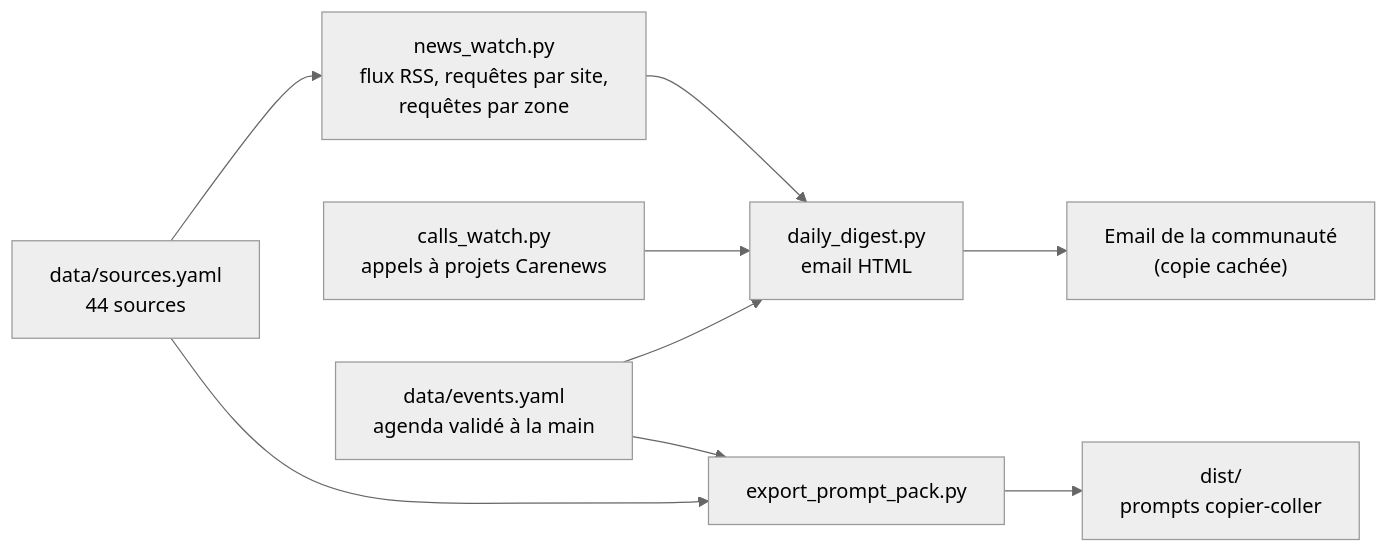
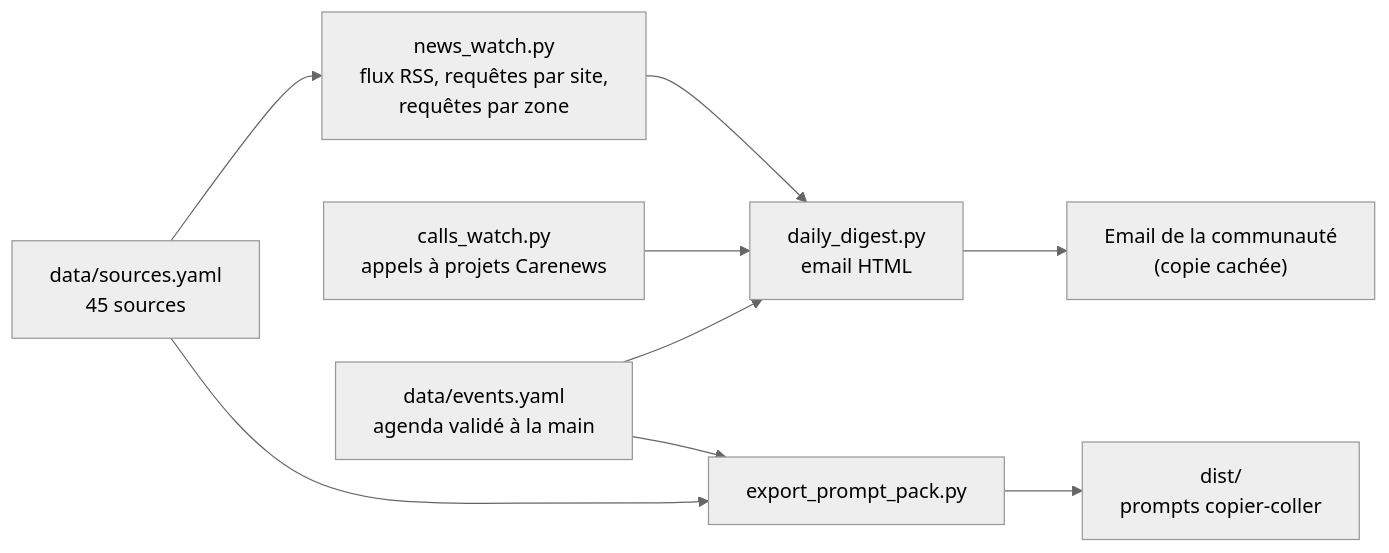
The diagram in README.md (eplr/veille-nif), drawn with Mermaid (neutral theme) before and after one commit. The commit also changed 1 other file, not shown here.

Commit message:
Ajoute Reclaim Finance aux sources de veille

````diff
--- a/README.md
+++ b/README.md
@@ -14,11 +14,11 @@
 ```mermaid
 flowchart LR
-  S["data/sources.yaml<br/>44 sources"] --> N["news_watch.py<br/>flux RSS, requêtes par site,<br/>requêtes par zone"]
+  S["data/sources.yaml<br/>45 sources"] --> N["news_watch.py<br/>flux RSS, requêtes par site,<br/>requêtes par zone"]
   E["data/events.yaml<br/>agenda validé à la main"] --> D
   C["calls_watch.py<br/>appels à projets Carenews"] --> D
   N --> D["daily_digest.py<br/>email HTML"]
   D --> M["Email de la communauté<br/>(copie cachée)"]
   S --> P["export_prompt_pack.py"]
   E --> P
   P --> V["dist/<br/>prompts copier-coller"]
 ```
````
